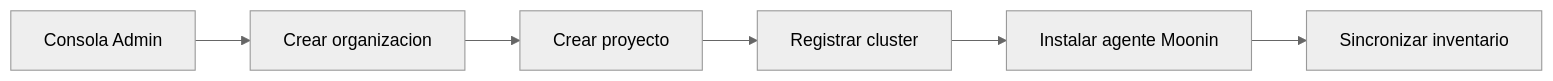
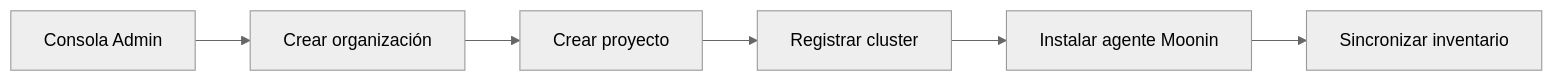
The second of 5 diagrams in src/content/docs/es/index.md (Moonin-Lab/Moonin-Docs), drawn with Mermaid (neutral theme) before and after one commit. The commit also changed other lines of this file and 84 other files, not shown here.

````diff
--- a/src/content/docs/es/index.md
+++ b/src/content/docs/es/index.md
@@ -75,11 +85,11 @@
 ```mermaid
 flowchart LR
     A[Consola Admin]
-    B[Crear organizacion]
+    B[Crear organización]
     C[Crear proyecto]
     D[Registrar cluster]
     E[Instalar agente Moonin]
     F[Sincronizar inventario]
 
     A --> B --> C --> D --> E --> F
 ```
````
